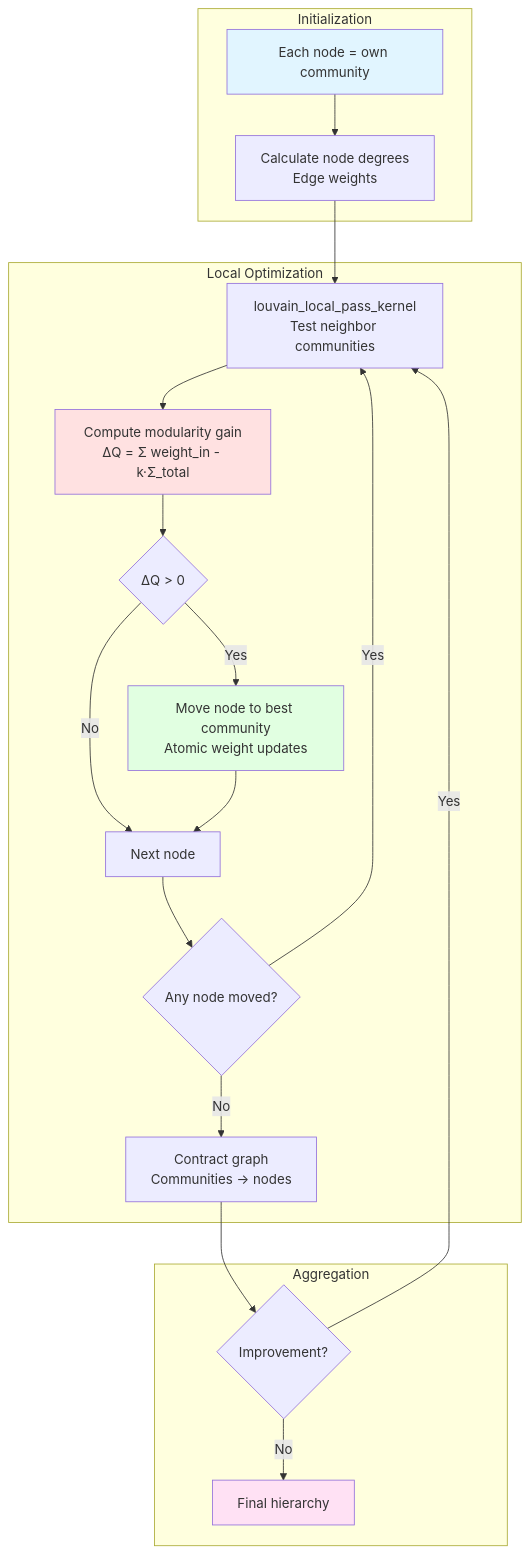
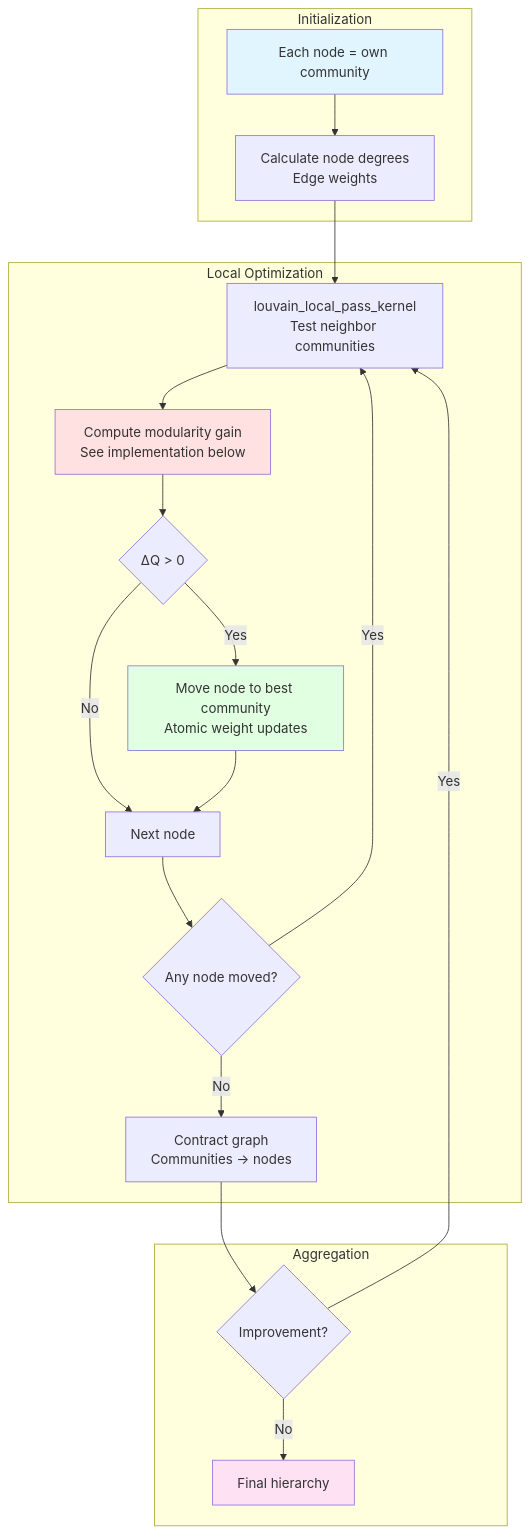
Before and after one commit to DreamLab-AI/VisionFlow: diagram 14 of 26 in docs/diagrams/infrastructure/gpu/cuda-architecture-complete.md, drawn with Mermaid. The commit also changed other lines of this file and 39 other files, not shown here.

````diff
--- a/docs/diagrams/infrastructure/gpu/cuda-architecture-complete.md
+++ b/docs/diagrams/infrastructure/gpu/cuda-architecture-complete.md
@@ -706,30 +706,30 @@
 ```mermaid
 graph TB
     subgraph "Initialization"
         INIT[Each node = own community] --> DEGREE[Calculate node degrees<br/>Edge weights]
     end
 
     subgraph "Local Optimization"
         DEGREE --> LOCAL[louvain_local_pass_kernel<br/>Test neighbor communities]
-        LOCAL --> GAIN[Compute modularity gain<br/>ΔQ = Σ weight_in - k·Σ_total]
-        GAIN --> MOVE{ΔQ > 0}
+        LOCAL --> GAIN["Compute modularity gain<br/>See implementation below"]
+        GAIN --> MOVE{"ΔQ > 0"}
         MOVE -->|Yes| UPDATE[Move node to best community<br/>Atomic weight updates]
         MOVE -->|No| NEXT
         UPDATE --> NEXT[Next node]
         NEXT --> IMPROVED{Any node moved?}
         IMPROVED -->|Yes| LOCAL
         IMPROVED -->|No| AGGREGATE
     end
 
     subgraph "Aggregation"
         AGGREGATE[Contract graph<br/>Communities → nodes]
         AGGREGATE --> REPEAT{Improvement?}
         REPEAT -->|Yes| LOCAL
         REPEAT -->|No| DONE[Final hierarchy]
     end
 
     style INIT fill:#e1f5ff
     style GAIN fill:#ffe1e1
     style UPDATE fill:#e1ffe1
     style DONE fill:#ffe1f4
 ```
````
